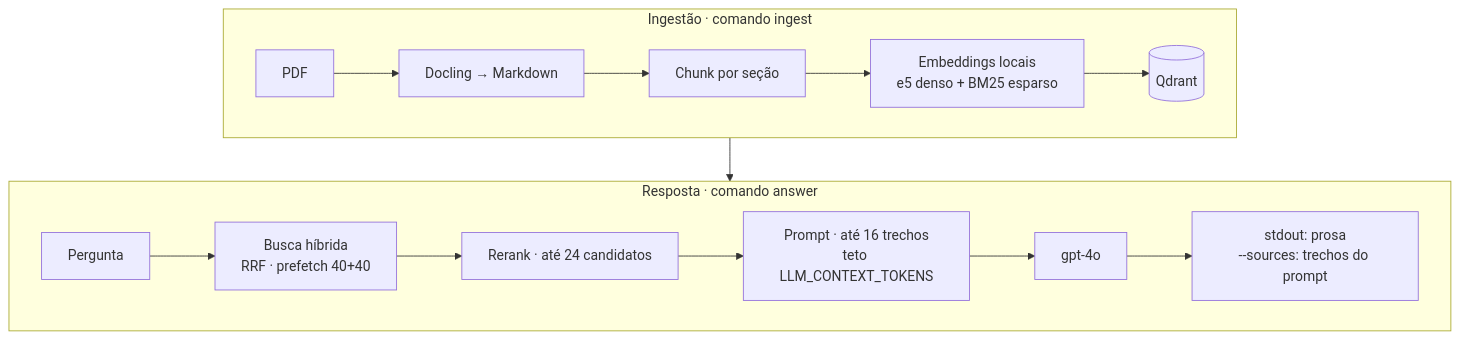
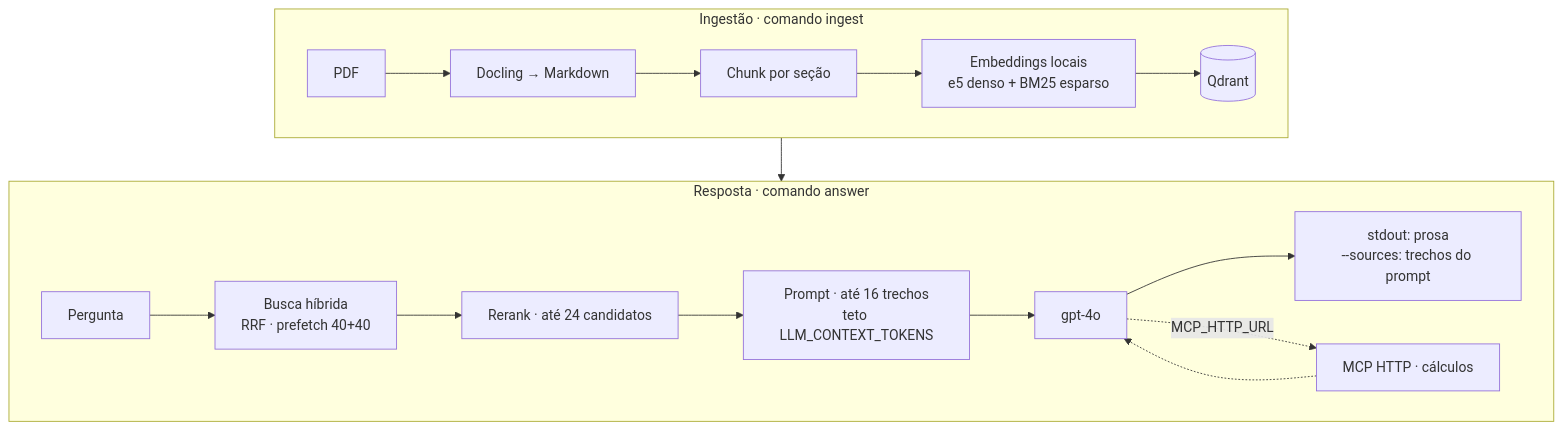
Before and after one commit to andrequeiroz2/electric_motor_rag: the diagram in README.md, drawn with Mermaid. The commit also changed other lines of this file and 58 other files, not shown here.

````diff
--- a/README.md
+++ b/README.md
@@ -26,21 +27,23 @@
 ```mermaid
 flowchart TB
   subgraph ingest["Ingestão · comando ingest"]
     direction LR
     pdf[PDF] --> docling[Docling → Markdown]
     docling --> chunk[Chunk por seção]
     chunk --> embed["Embeddings locais<br/>e5 denso + BM25 esparso"]
     embed --> qdrant[(Qdrant)]
   end
 
   subgraph answer["Resposta · comando answer"]
     direction LR
     pergunta[Pergunta] --> busca["Busca híbrida<br/>RRF · prefetch 40+40"]
     busca --> rerank[Rerank · até 24 candidatos]
     rerank --> prompt["Prompt · até 16 trechos<br/>teto LLM_CONTEXT_TOKENS"]
     prompt --> llm[gpt-4o]
     llm --> stdout["stdout: prosa<br/>--sources: trechos do prompt"]
+    llm -.->|MCP_HTTP_URL| mcp[MCP HTTP · cálculos]
+    mcp -.-> llm
   end
 
   qdrant --> busca
 ```
````
